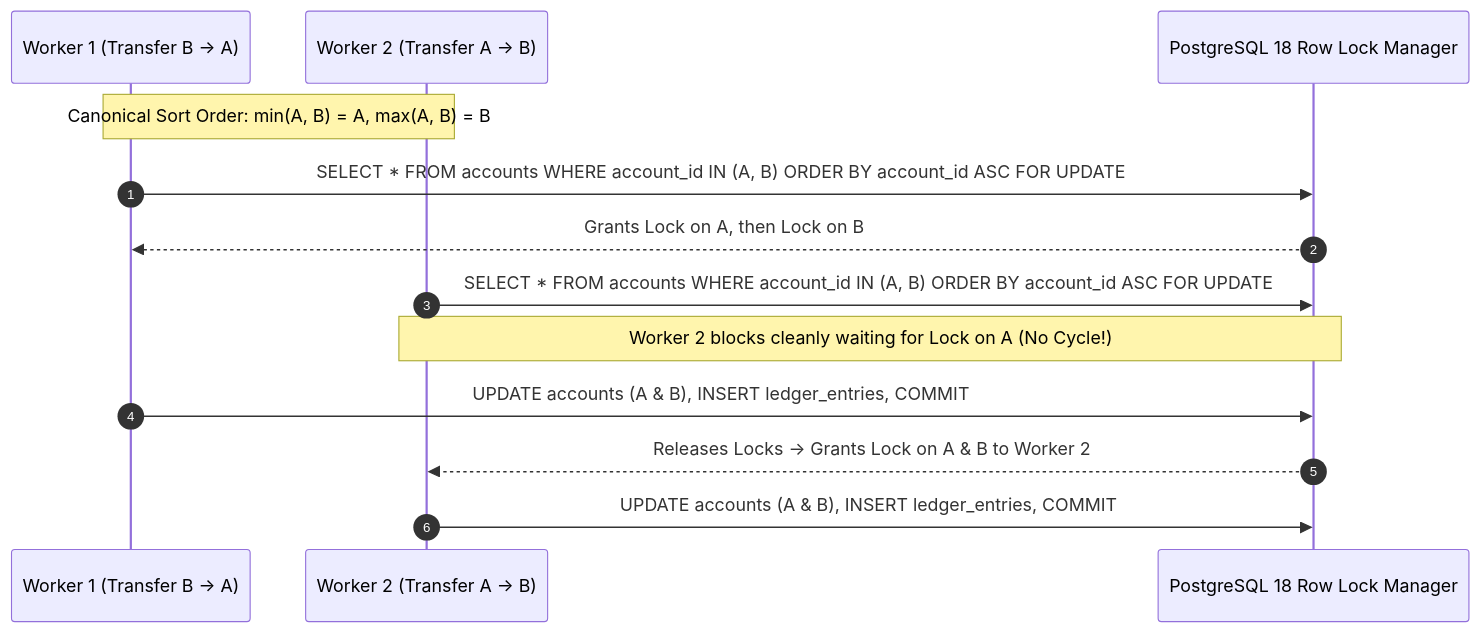
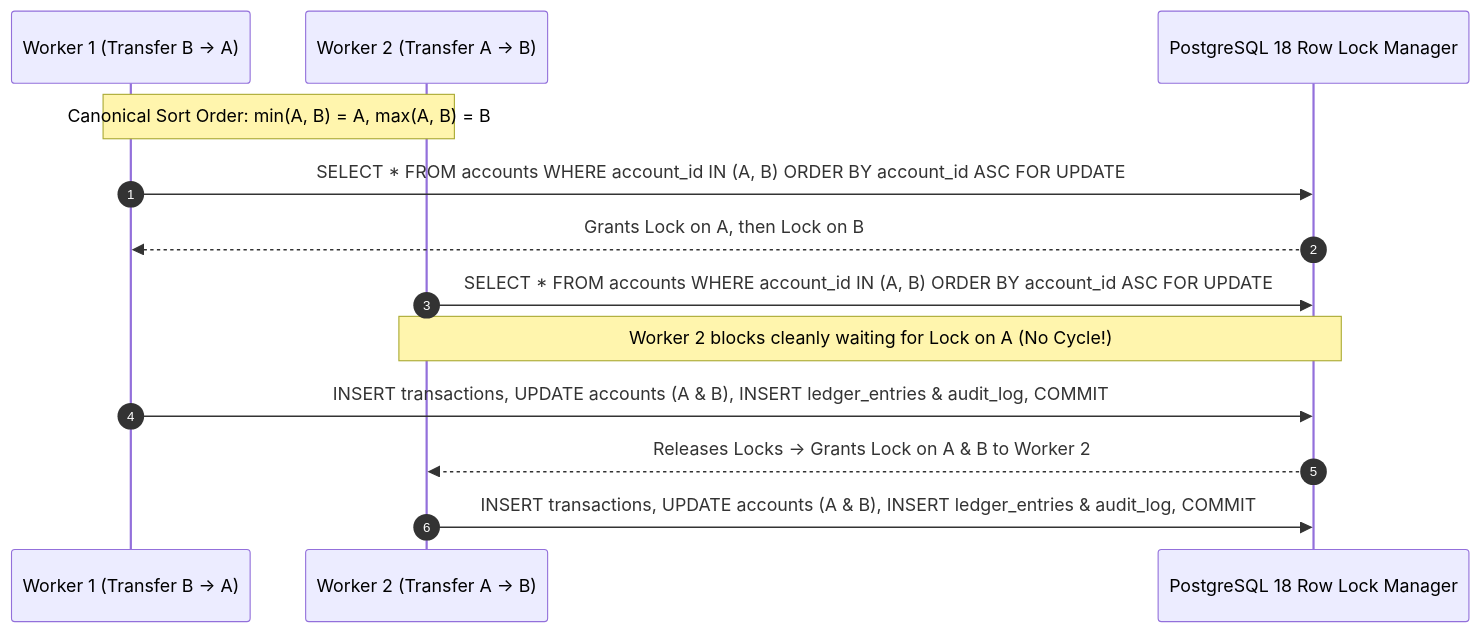
Before and after one commit to D0nG4667/gpmorgan-forge-de-portfolio: the diagram in docs/adr/0003-concurrency-control-and-idempotency.md, drawn with Mermaid. The commit also changed other lines of this file and 5 other files, not shown here.

````diff
--- a/docs/adr/0003-concurrency-control-and-idempotency.md
+++ b/docs/adr/0003-concurrency-control-and-idempotency.md
@@ -29,16 +29,16 @@
 ```mermaid
 sequenceDiagram
     autonumber
     participant W1 as Worker 1 (Transfer B -> A)
     participant W2 as Worker 2 (Transfer A -> B)
     participant PG as PostgreSQL 18 Row Lock Manager
 
     Note over W1,W2: Canonical Sort Order: min(A, B) = A, max(A, B) = B
     W1->>PG: SELECT * FROM accounts WHERE account_id IN (A, B) ORDER BY account_id ASC FOR UPDATE
     PG-->>W1: Grants Lock on A, then Lock on B
     W2->>PG: SELECT * FROM accounts WHERE account_id IN (A, B) ORDER BY account_id ASC FOR UPDATE
     Note over W2,PG: Worker 2 blocks cleanly waiting for Lock on A (No Cycle!)
-    W1->>PG: UPDATE accounts (A & B), INSERT ledger_entries, COMMIT
+    W1->>PG: INSERT transactions, UPDATE accounts (A & B), INSERT ledger_entries & audit_log, COMMIT
     PG-->>W2: Releases Locks -> Grants Lock on A & B to Worker 2
-    W2->>PG: UPDATE accounts (A & B), INSERT ledger_entries, COMMIT
+    W2->>PG: INSERT transactions, UPDATE accounts (A & B), INSERT ledger_entries & audit_log, COMMIT
 ```
````
